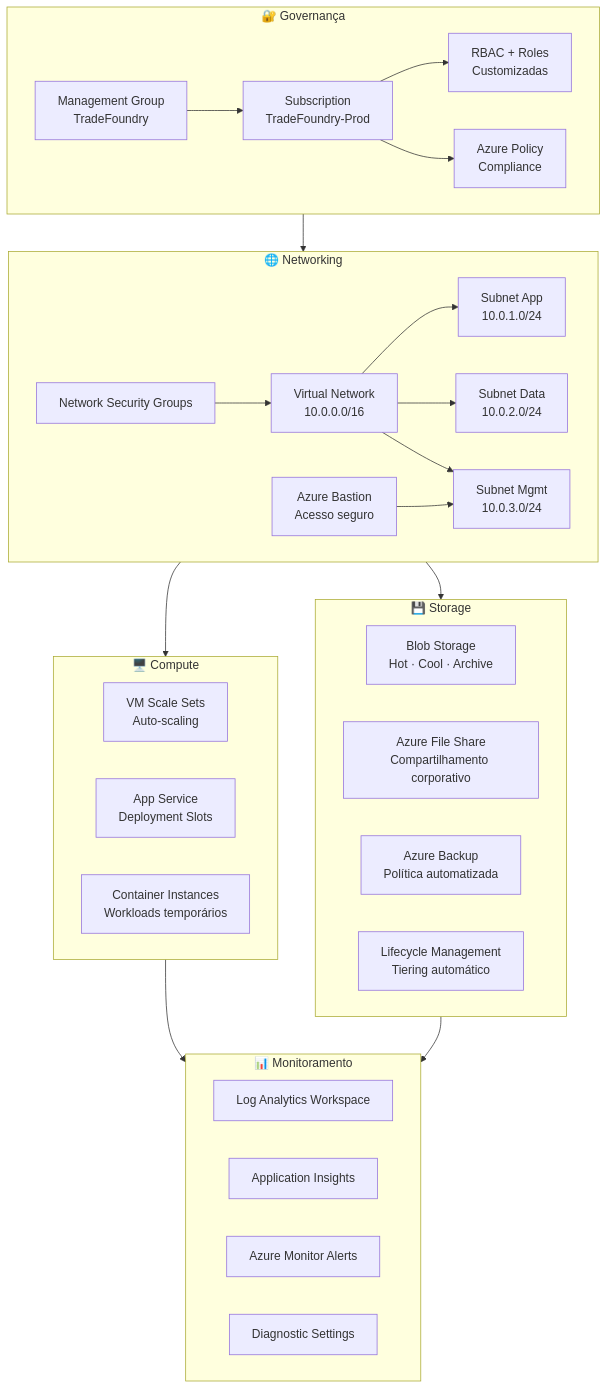
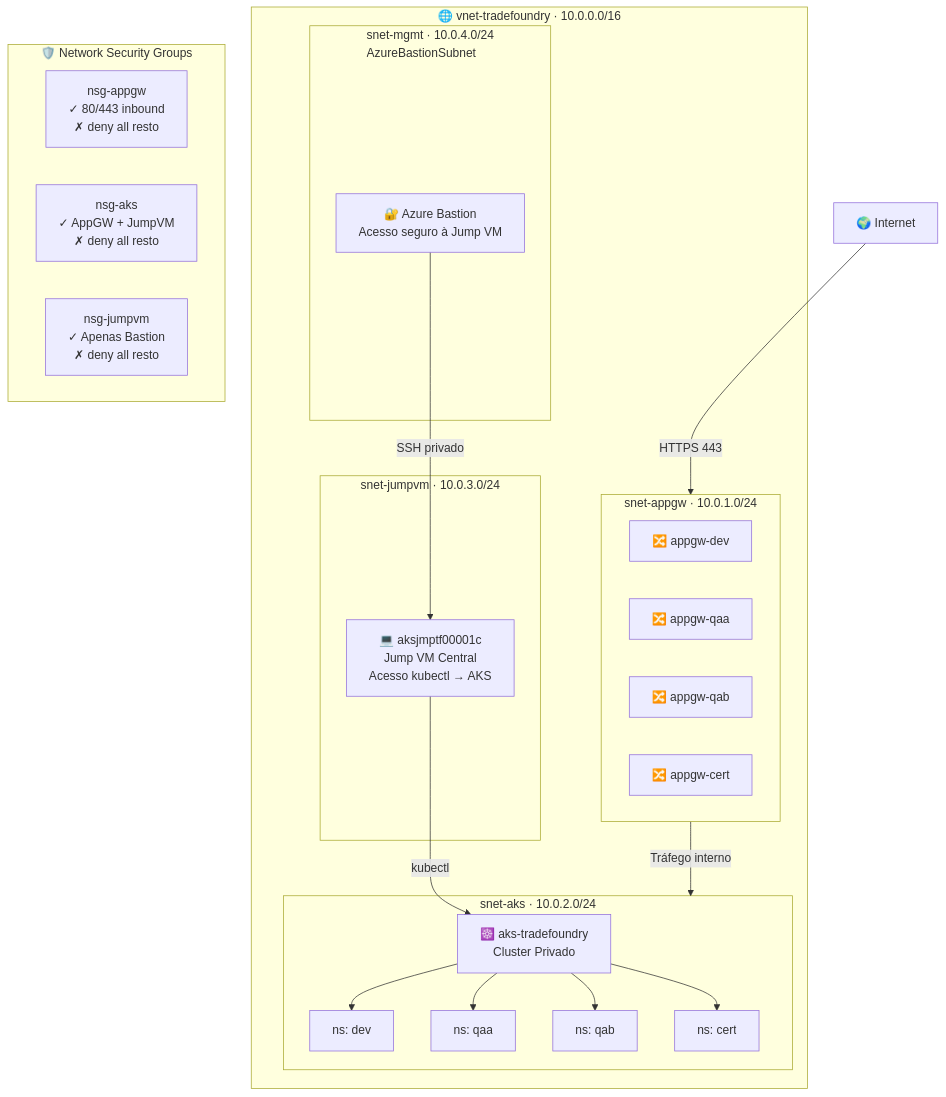
One commit to iamtexwiller/TradeFoundry changed the diagram in README.md. Above: the diagram before and after it, drawn with Mermaid. The commit also changed other lines of this file, not shown here.

````diff
--- a/README.md
+++ b/README.md
@@ -38,52 +40,44 @@
 ```mermaid
 flowchart TD
-    subgraph GOV["🔐 Governança"]
-        MG["Management Group\nTradeFoundry"]
-        SUB["Subscription\nTradeFoundry-Prod"]
-        RBAC["RBAC + Roles\nCustomizadas"]
-        POL["Azure Policy\nCompliance"]
-        MG --> SUB
-        SUB --> RBAC
-        SUB --> POL
+    subgraph VNET["🌐 vnet-tradefoundry · 10.0.0.0/16"]
+
+        subgraph APPGW_SUBNET["snet-appgw · 10.0.1.0/24"]
+            GW1["🔀 appgw-dev"]
+            GW2["🔀 appgw-qaa"]
+            GW3["🔀 appgw-qab"]
+            GW4["🔀 appgw-cert"]
+        end
+
+        subgraph AKS_SUBNET["snet-aks · 10.0.2.0/24"]
+            AKS["☸️ aks-tradefoundry\nCluster Privado"]
+            NS1["ns: dev"]
+            NS2["ns: qaa"]
+            NS3["ns: qab"]
+            NS4["ns: cert"]
+            AKS --> NS1
+            AKS --> NS2
+            AKS --> NS3
+            AKS --> NS4
+        end
+
+        subgraph JUMP_SUBNET["snet-jumpvm · 10.0.3.0/24"]
+            JMP["💻 aksjmptf00001c\nJump VM Central\nAcesso kubectl → AKS"]
+        end
+
+        subgraph MGMT_SUBNET["snet-mgmt · 10.0.4.0/24\nAzureBastionSubnet"]
+            BAS["🔐 Azure Bastion\nAcesso seguro à Jump VM"]
+        end
+
     end
 
-    subgraph NET["🌐 Networking"]
-        VNET["Virtual Network\n10.0.0.0/16"]
-        SNET_APP["Subnet App\n10.0.1.0/24"]
-        SNET_DATA["Subnet Data\n10.0.2.0/24"]
-        SNET_MGMT["Subnet Mgmt\n10.0.3.0/24"]
-        NSG["Network Security Groups"]
-        BASTION["Azure Bastion\nAcesso seguro"]
-        VNET --> SNET_APP
-        VNET --> SNET_DATA
-        VNET --> SNET_MGMT
-        NSG --> VNET
-        BASTION --> SNET_MGMT
+    INT["🌍 Internet"] -->|HTTPS 443| APPGW_SUBNET
+    APPGW_SUBNET -->|Tráfego interno| AKS_SUBNET
+    BAS -->|SSH privado| JMP
+    JMP -->|kubectl| AKS
+
+    subgraph NSG["🛡️ Network Security Groups"]
+        N1["nsg-appgw\n✓ 80/443 inbound\n✗ deny all resto"]
+        N2["nsg-aks\n✓ AppGW + JumpVM\n✗ deny all resto"]
+        N3["nsg-jumpvm\n✓ Apenas Bastion\n✗ deny all resto"]
     end
-
-    subgraph STO["💾 Storage"]
-        BLOB["Blob Storage\nHot · Cool · Archive"]
-        FILES["Azure File Share\nCompartilhamento corporativo"]
-        BACKUP["Azure Backup\nPolítica automatizada"]
-        LIFECYCLE["Lifecycle Management\nTiering automático"]
-    end
-
-    subgraph COMP["🖥️ Compute"]
-        VMSS["VM Scale Sets\nAuto-scaling"]
-        APP["App Service\nDeployment Slots"]
-        ACI["Container Instances\nWorkloads temporários"]
-    end
-
-    subgraph MON["📊 Monitoramento"]
-        LAW["Log Analytics Workspace"]
-        AI["Application Insights"]
-        ALERTS["Azure Monitor Alerts"]
-        DIAG["Diagnostic Settings"]
-    end
-
-    GOV --> NET
-    NET --> STO
-    NET --> COMP
-    COMP --> MON
-    STO --> MON
 ```
````
